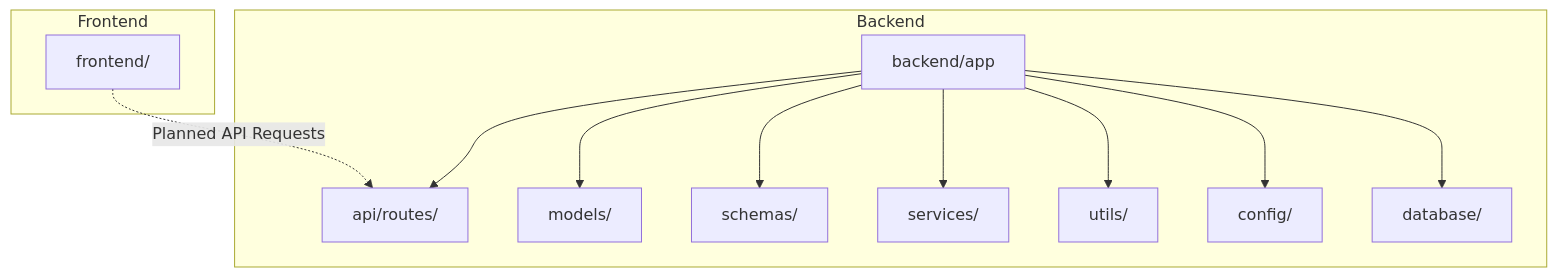
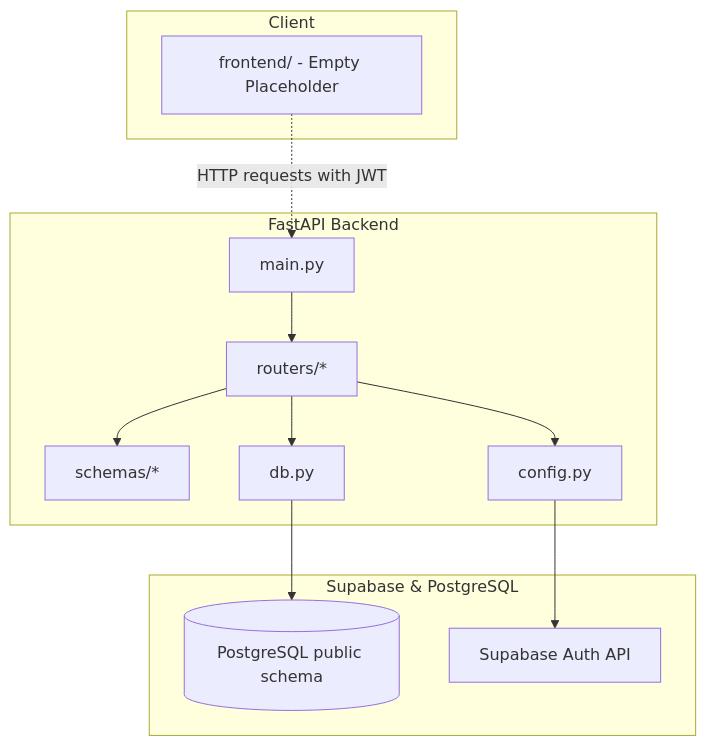
One commit to buildby-anish/Smart-Tourist-Safety changed the diagram in codebase.md. Above: the diagram before and after it, drawn with Mermaid. The commit also changed other lines of this file and 11 other files, not shown here.

Commit message:
updated backend with database fixes

````diff
--- a/codebase.md
+++ b/codebase.md
@@ -63,16 +73,17 @@
 ```mermaid
 graph TD
-    subgraph Frontend
-        F[frontend/]
+    subgraph Client
+        F[frontend/ - Empty Placeholder]
     end
-    subgraph Backend
-        B[backend/app] --> R[api/routes/]
-        B --> M[models/]
-        B --> S[schemas/]
-        B --> SR[services/]
-        B --> U[utils/]
-        B --> C[config/]
-        B --> D[database/]
+    subgraph Backend [FastAPI Backend]
+        M[main.py] --> R[routers/*]
+        R --> S[schemas/*]
+        R --> D[db.py]
+        R --> C[config.py]
     end
-    F -.->|Planned API Requests| R
+    subgraph Database [Supabase & PostgreSQL]
+        D --> DB[(PostgreSQL public schema)]
+        C --> SA[Supabase Auth API]
+    end
+    F -.->|HTTP requests with JWT| M
 ```
````
